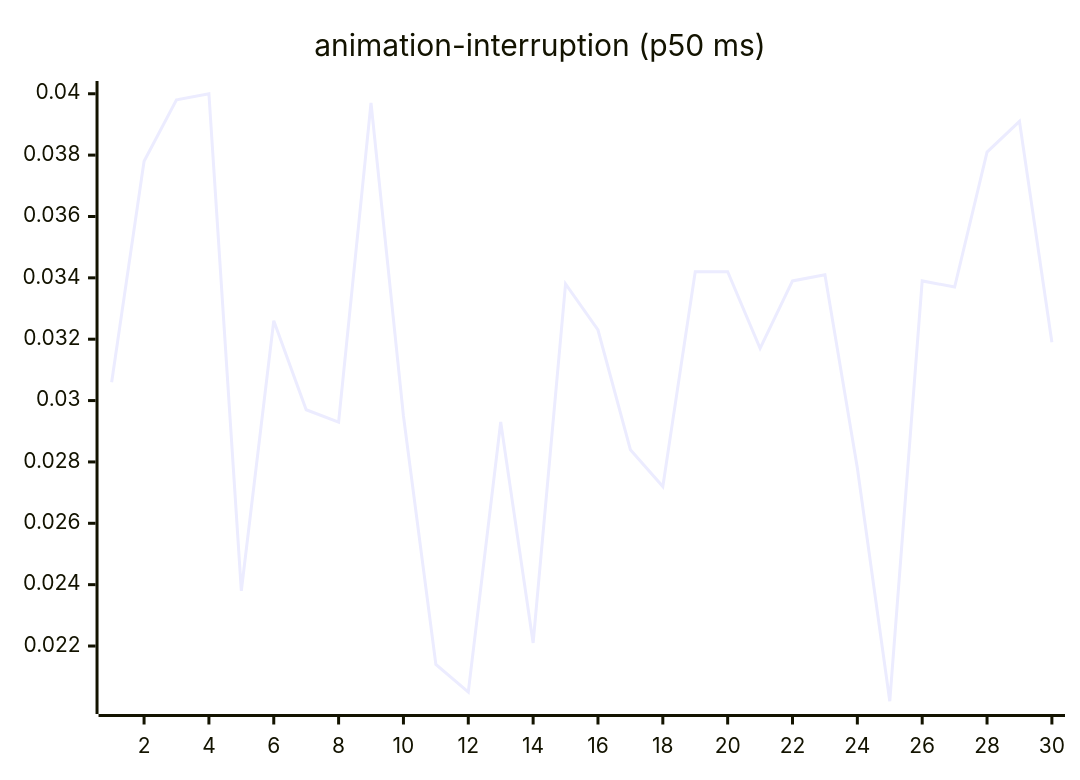
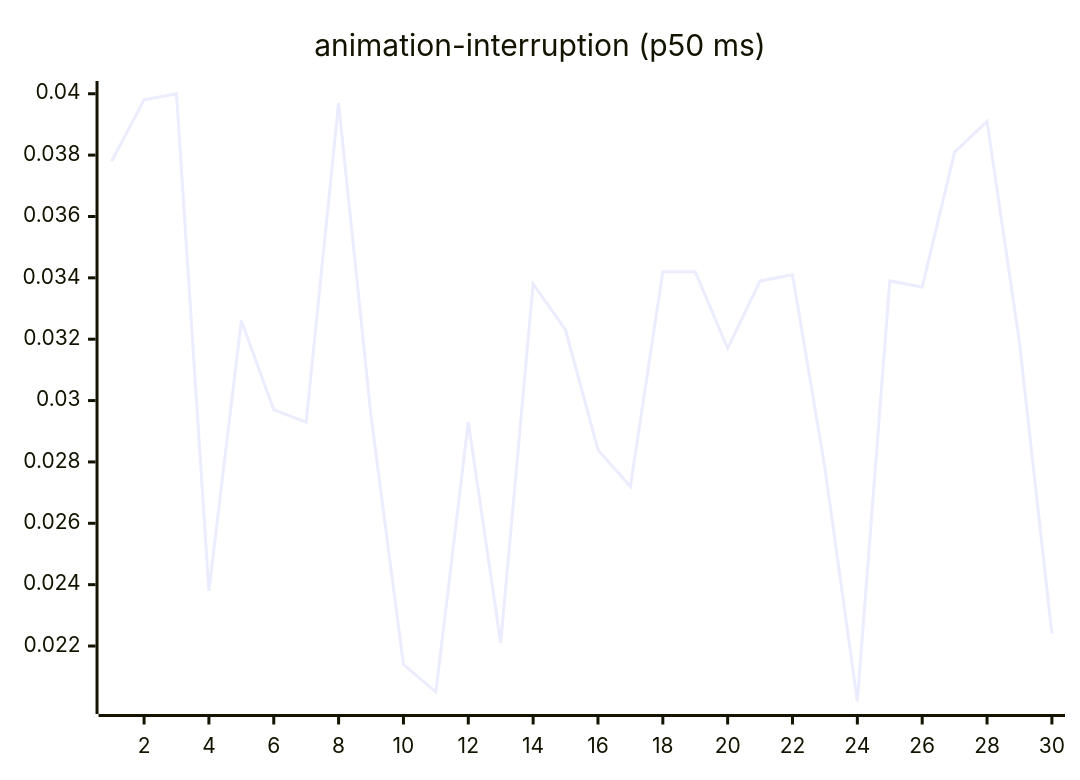
Before and after one commit to josha/Facet: the third of 27 diagrams in README.md, drawn with Mermaid. The commit also changed other lines of this file and 2 other files, not shown here.

````diff
--- a/README.md
+++ b/README.md
@@ -77,6 +77,6 @@
 ```mermaid
 xychart-beta
     title "animation-interruption (p50 ms)"
     x-axis 1 --> 30
-    line [0.0306, 0.0378, 0.0398, 0.0400, 0.0238, 0.0326, 0.0297, 0.0293, 0.0397, 0.0295, 0.0214, 0.0205, 0.0293, 0.0221, 0.0338, 0.0323, 0.0284, 0.0272, 0.0342, 0.0342, 0.0317, 0.0339, 0.0341, 0.0278, 0.0202, 0.0339, 0.0337, 0.0381, 0.0391, 0.0319]
+    line [0.0378, 0.0398, 0.0400, 0.0238, 0.0326, 0.0297, 0.0293, 0.0397, 0.0295, 0.0214, 0.0205, 0.0293, 0.0221, 0.0338, 0.0323, 0.0284, 0.0272, 0.0342, 0.0342, 0.0317, 0.0339, 0.0341, 0.0278, 0.0202, 0.0339, 0.0337, 0.0381, 0.0391, 0.0319, 0.0224]
 ```
````
